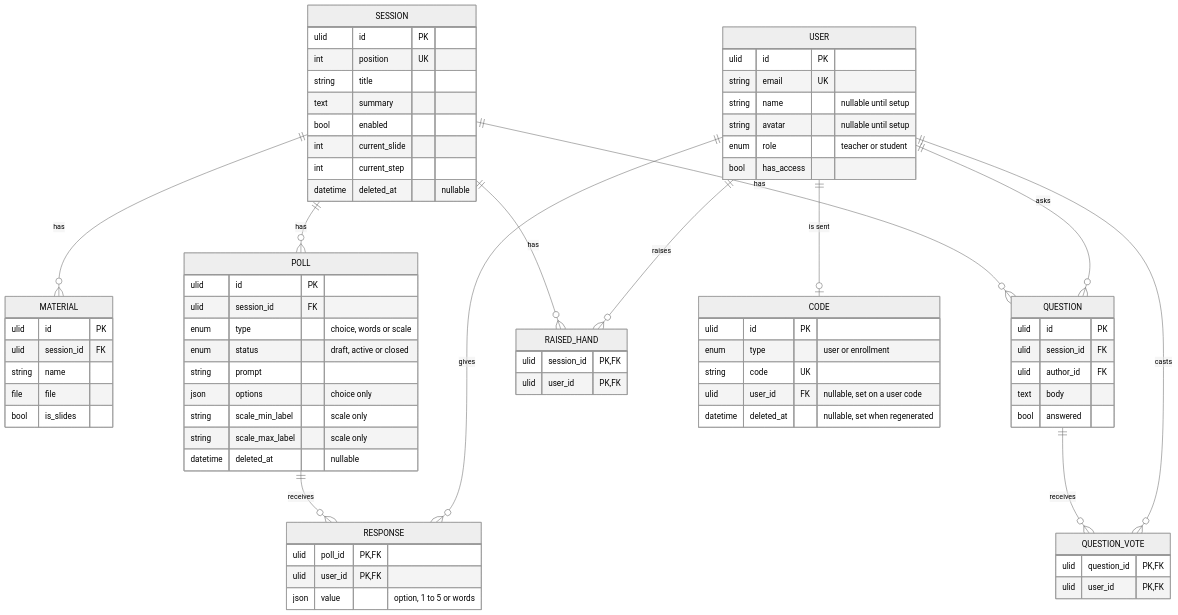
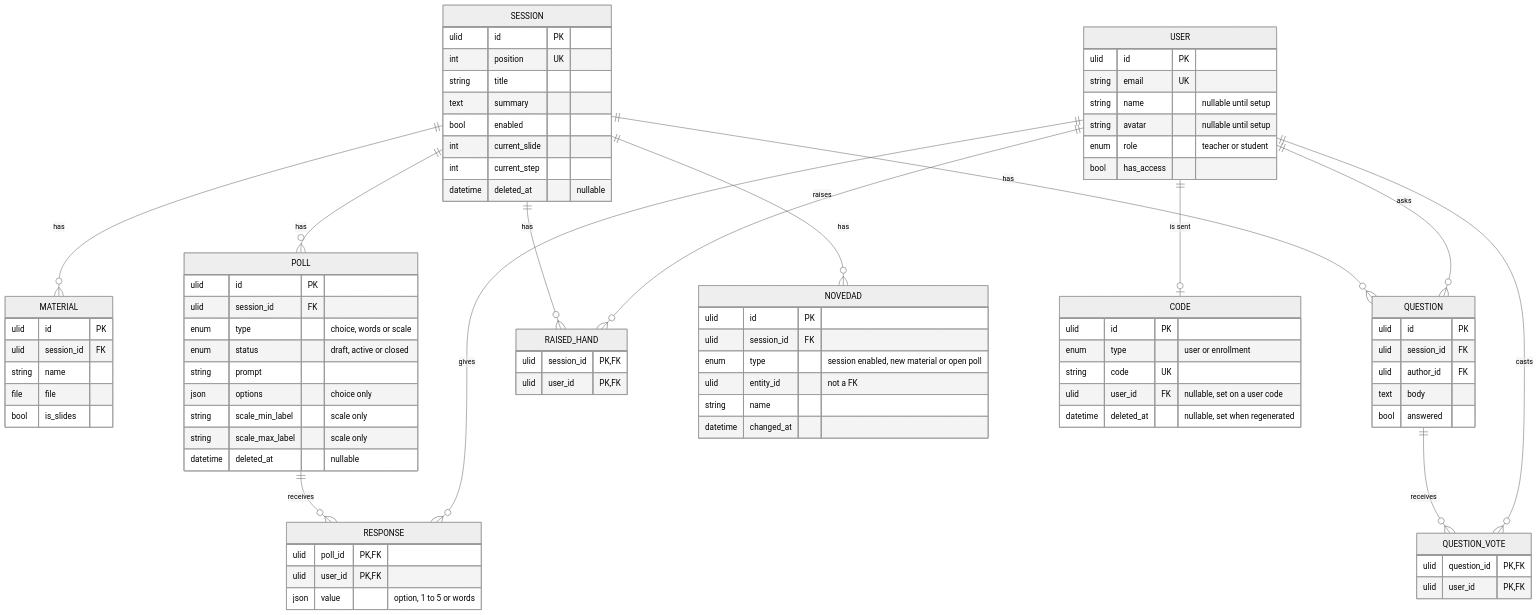
The diagram in app/docs/architecture/modelo-de-datos.md (filadd/agentic-engineering-famaf-extension-course), drawn with Mermaid (neutral theme) before and after one commit. The commit also changed other lines of this file and 10 other files, not shown here.

```diff
--- a/app/docs/architecture/modelo-de-datos.md
+++ b/app/docs/architecture/modelo-de-datos.md
@@ -18,6 +18,7 @@
     SESSION ||--o{ POLL : has
     SESSION ||--o{ QUESTION : has
     SESSION ||--o{ RAISED_HAND : has
+    SESSION ||--o{ NOVEDAD : has
     POLL ||--o{ RESPONSE : receives
     QUESTION ||--o{ QUESTION_VOTE : receives
     USER ||--o{ RESPONSE : gives
@@ -82,6 +83,14 @@
         ulid session_id PK, FK
         ulid user_id PK, FK
     }
+    NOVEDAD {
+        ulid id PK
+        ulid session_id FK
+        enum type "session enabled, new material or open poll"
+        ulid entity_id "not a FK"
+        string name
+        datetime changed_at
+    }
     CODE {
         ulid id PK
         enum type "user or enrollment"
```
